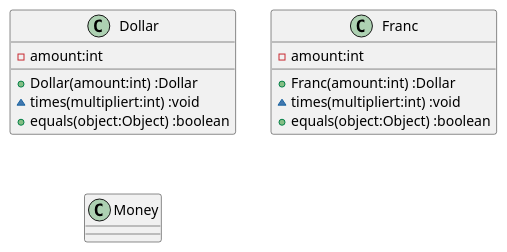
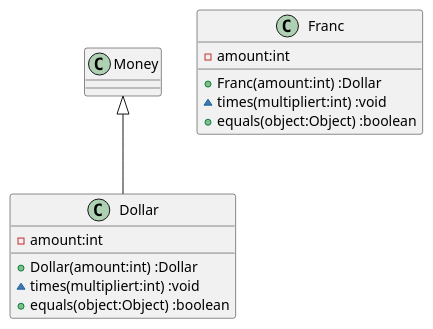
The diagram in docs/src/TDD.md (k2works/etude_for_java), drawn with PlantUML before and after one commit. The commit also changed 3 other files, not shown here.

````diff
--- a/docs/src/TDD.md
+++ b/docs/src/TDD.md
@@ -59,17 +59,18 @@
 ```puml
 class Dollar {
   -amount:int
   +Dollar(amount:int) :Dollar
   ~times(multipliert:int) :void
   +equals(object:Object) :boolean
 }
 class Franc {
   -amount:int
   +Franc(amount:int) :Dollar
   ~times(multipliert:int) :void
   +equals(object:Object) :boolean
 }
 class Money {
 
 }
+Money <|-- Dollar
 ```
````
